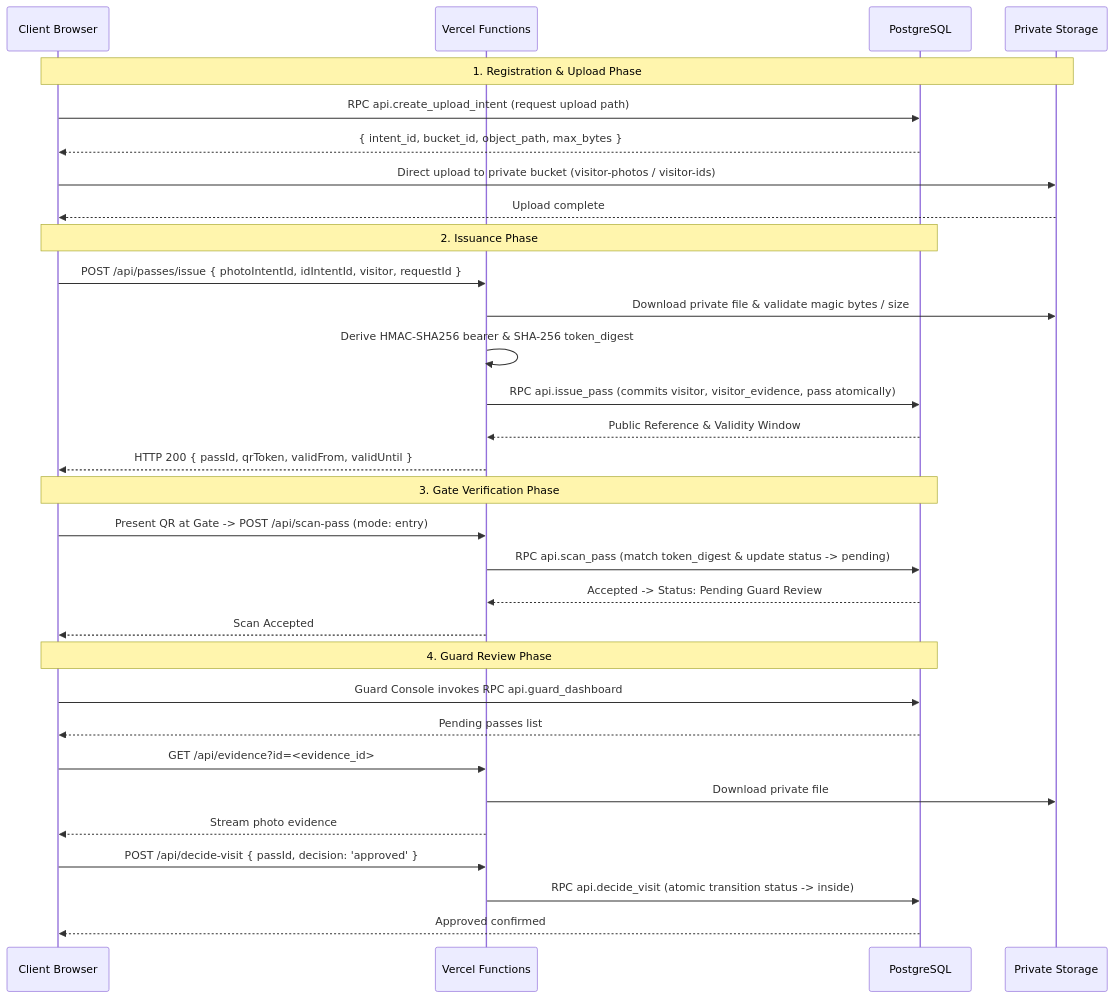
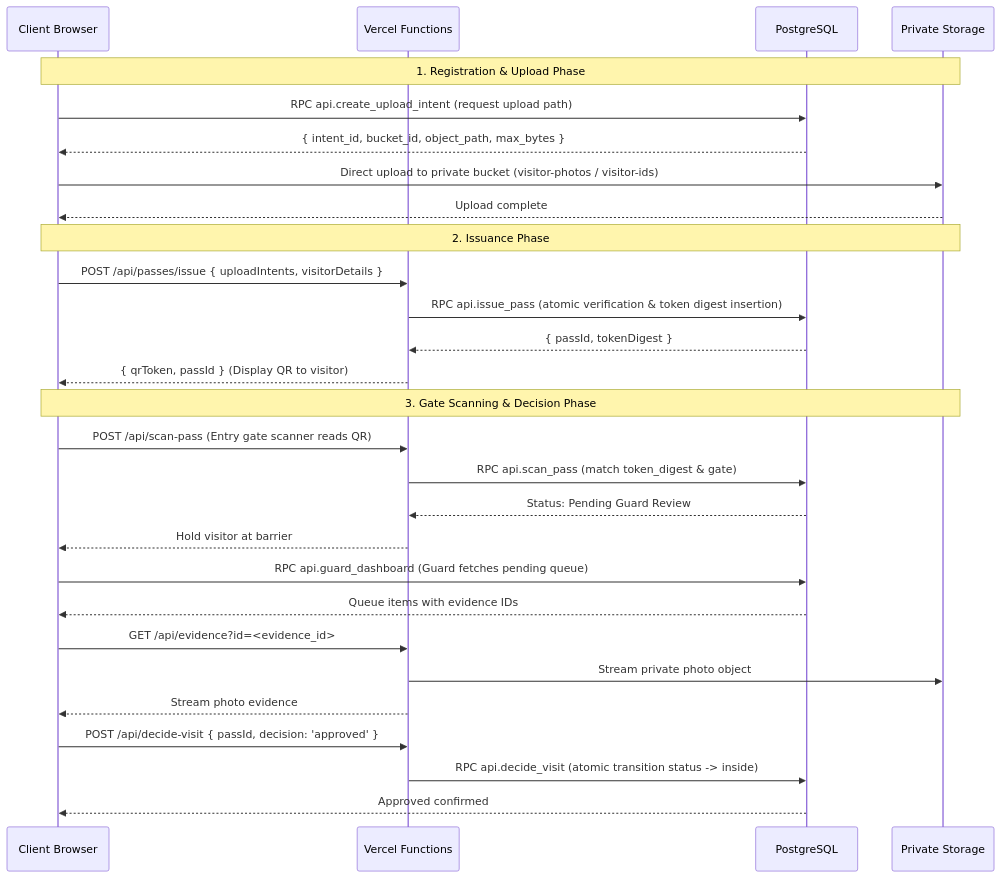
The third of 3 diagrams in docs/ARCHITECTURE.md (jsphhbna/egatepass), drawn with Mermaid before and after one commit. The commit also changed other lines of this file and 20 other files, not shown here.

````diff
--- a/docs/ARCHITECTURE.md
+++ b/docs/ARCHITECTURE.md
@@ -219,37 +239,34 @@
 ```mermaid
 sequenceDiagram
     participant Browser as Client Browser
     participant API as Vercel Functions
     participant DB as PostgreSQL
     participant Storage as Private Storage
 
     Note over Browser,Storage: 1. Registration & Upload Phase
     Browser->>DB: RPC api.create_upload_intent (request upload path)
     DB-->>Browser: { intent_id, bucket_id, object_path, max_bytes }
     Browser->>Storage: Direct upload to private bucket (visitor-photos / visitor-ids)
     Storage-->>Browser: Upload complete
 
-    Note over Browser,DB: 2. Issuance Phase
-    Browser->>API: POST /api/passes/issue { photoIntentId, idIntentId, visitor, requestId }
-    API->>Storage: Download private file & validate magic bytes / size
-    API->>API: Derive HMAC-SHA256 bearer & SHA-256 token_digest
-    API->>DB: RPC api.issue_pass (commits visitor, visitor_evidence, pass atomically)
-    DB-->>API: Public Reference & Validity Window
-    API-->>Browser: HTTP 200 { passId, qrToken, validFrom, validUntil }
+    Note over Browser,Storage: 2. Issuance Phase
+    Browser->>API: POST /api/passes/issue { uploadIntents, visitorDetails }
+    API->>DB: RPC api.issue_pass (atomic verification & token digest insertion)
+    DB-->>API: { passId, tokenDigest }
+    API-->>Browser: { qrToken, passId } (Display QR to visitor)
 
-    Note over Browser,DB: 3. Gate Verification Phase
-    Browser->>API: Present QR at Gate -> POST /api/scan-pass (mode: entry)
-    API->>DB: RPC api.scan_pass (match token_digest & update status -> pending)
-    DB-->>API: Accepted -> Status: Pending Guard Review
-    API-->>Browser: Scan Accepted
+    Note over Browser,Storage: 3. Gate Scanning & Decision Phase
+    Browser->>API: POST /api/scan-pass (Entry gate scanner reads QR)
+    API->>DB: RPC api.scan_pass (match token_digest & gate)
+    DB-->>API: Status: Pending Guard Review
+    API-->>Browser: Hold visitor at barrier
 
-    Note over Browser,DB: 4. Guard Review Phase
-    Browser->>DB: Guard Console invokes RPC api.guard_dashboard
-    DB-->>Browser: Pending passes list
+    Browser->>DB: RPC api.guard_dashboard (Guard fetches pending queue)
+    DB-->>Browser: Queue items with evidence IDs
     Browser->>API: GET /api/evidence?id=<evidence_id>
-    API->>Storage: Download private file
+    API->>Storage: Stream private photo object
     API-->>Browser: Stream photo evidence
     Browser->>API: POST /api/decide-visit { passId, decision: 'approved' }
     API->>DB: RPC api.decide_visit (atomic transition status -> inside)
     DB-->>Browser: Approved confirmed
 ```
````
